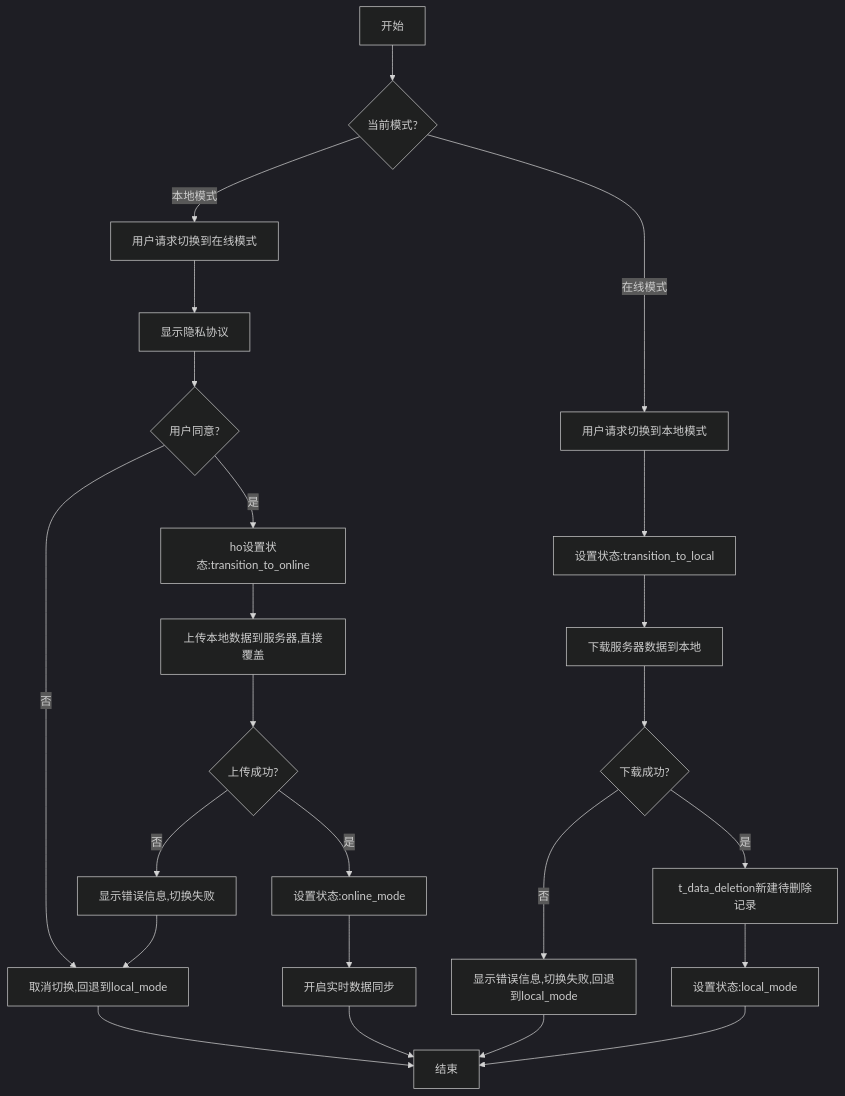
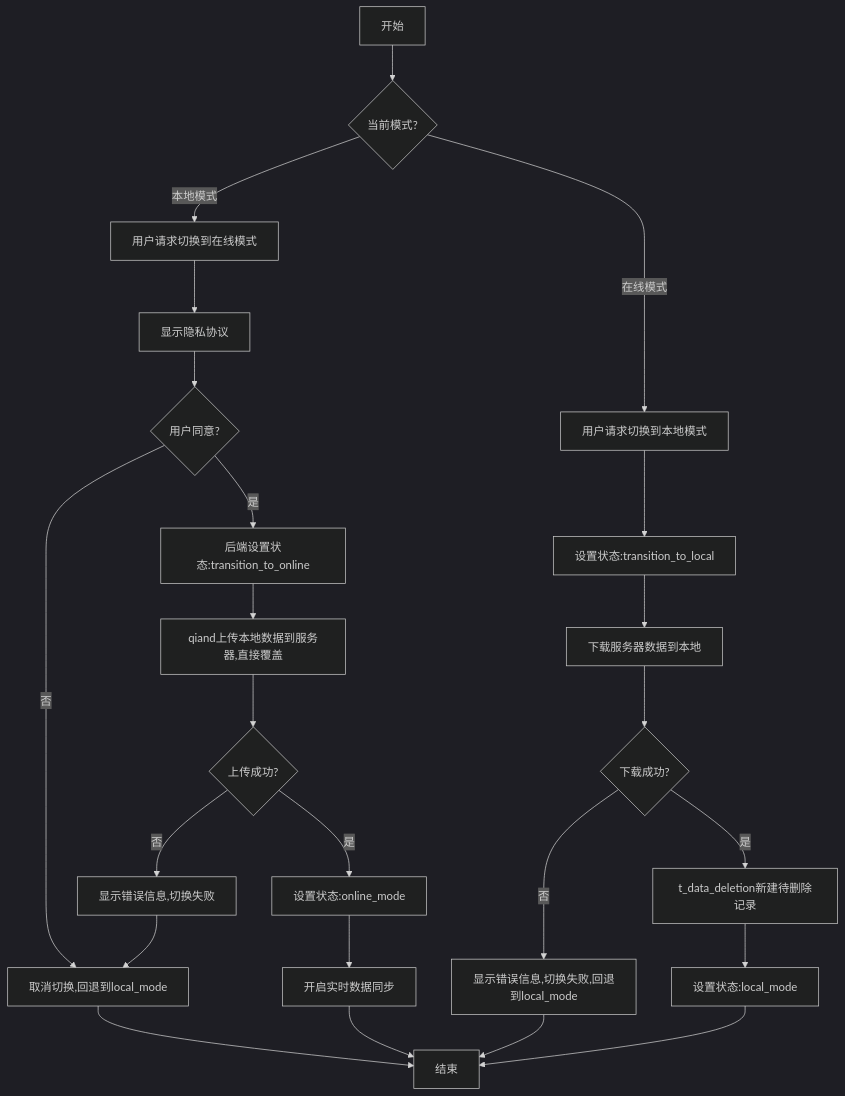
One commit to yingjianzh/iodraw-files changed the diagram in all/未命名-58.md. Above: the diagram before and after it, drawn with Mermaid (dark theme).

Commit message:
2025-05-14 09:37:10 update

````diff
--- a/all/未命名-58.md
+++ b/all/未命名-58.md
@@ -1,33 +1,33 @@
 ```mermaid
 
 flowchart TD
     A[开始] --> B{当前模式?}
     
     B -->|本地模式| C[用户请求切换到在线模式]
     C --> F[显示隐私协议]
     F --> G{用户同意?}
     G -->|否| H[取消切换,回退到local_mode]
     H --> Z[结束]
-    G -->|是| I[ho设置状态:transition_to_online]
-    I --> O[上传本地数据到服务器,直接覆盖]
+    G -->|是| I[后端设置状态:transition_to_online]
+    I --> O[qiand上传本地数据到服务器,直接覆盖]
     O --> P{上传成功?}
     P -->|否| Q[显示错误信息,切换失败]
     Q --> H
     P -->|是| R[设置状态:online_mode]
     R --> S[开启实时数据同步]
     S --> Z
     
     B -->|在线模式| T[用户请求切换到本地模式]
     T --> U[设置状态:transition_to_local]
     U --> X[下载服务器数据到本地]
     X --> Y{下载成功?}
     Y -->|否| AA2[显示错误信息,切换失败,回退到local_mode]
     AA2 --> Z
     Y -->|是| AB2[t_data_deletion新建待删除记录]
 
 
 
     AB2 -->AE[设置状态:local_mode]
     AE --> Z
 
 ```
````
